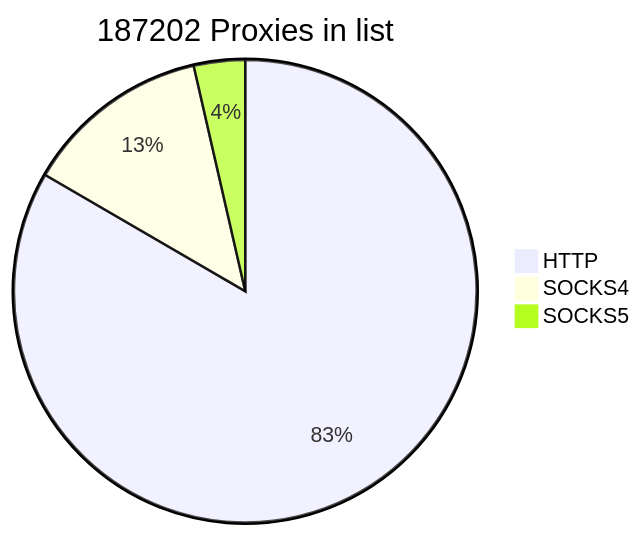
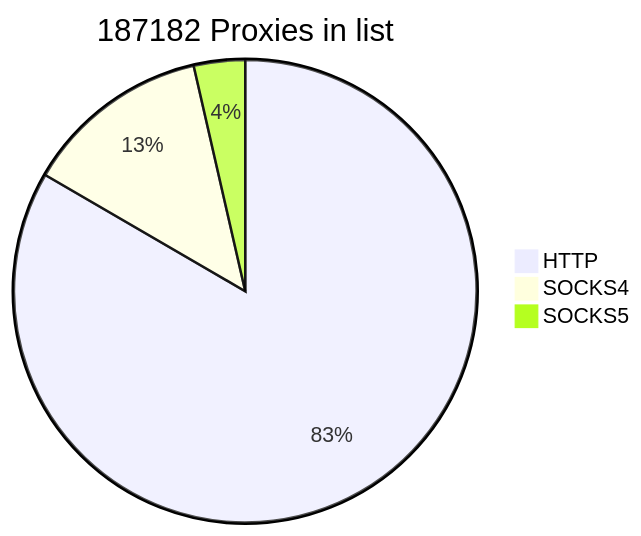
The first of 2 diagrams in README.md (cutipu/proxylist), drawn with Mermaid before and after one commit. The commit also changed other lines of this file, not shown here.

````diff
--- a/README.md
+++ b/README.md
@@ -2,7 +2,7 @@
 ```mermaid
-pie title 187202 Proxies in list
-    "HTTP" : 156097
-    "SOCKS4" : 24403
+pie title 187182 Proxies in list
+    "HTTP" : 156078
+    "SOCKS4" : 24402
     "SOCKS5" : 6702
             
 ```
````
